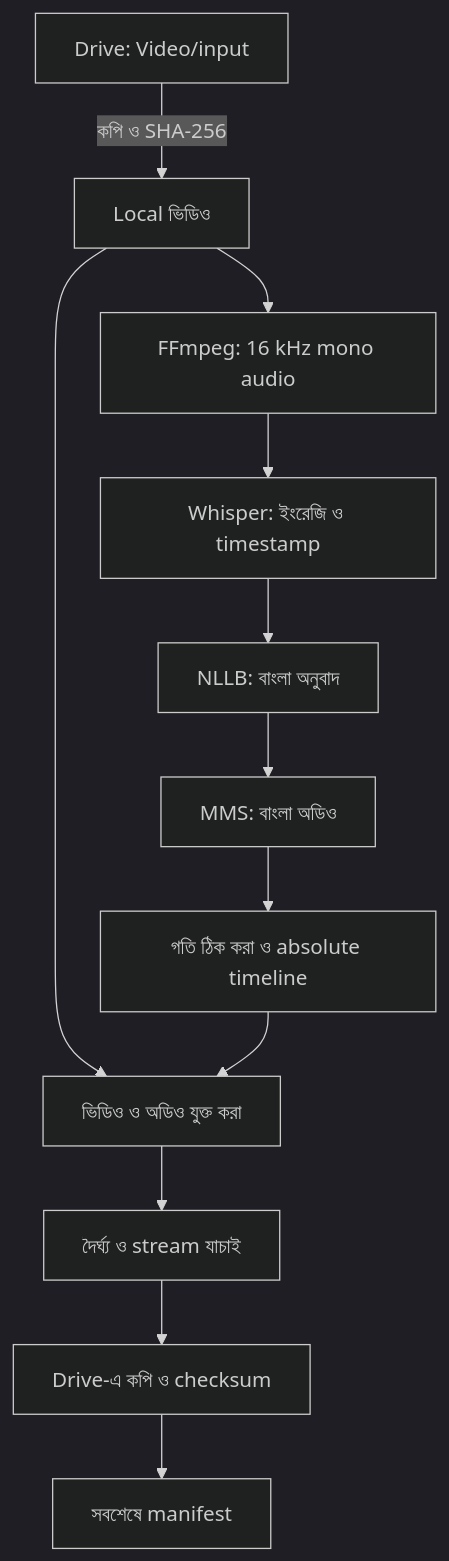
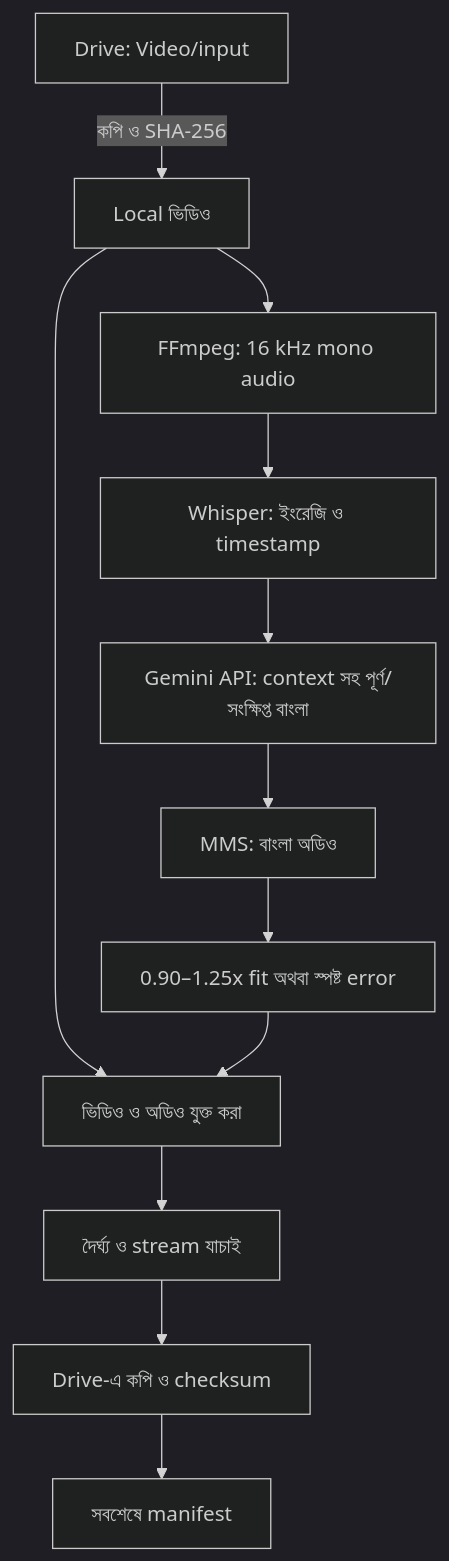
The diagram in docs/ARCHITECTURE.md (redwan-primeAmax/ProXMax), drawn with Mermaid (dark theme) before and after one commit. The commit also changed other lines of this file and 8 other files, not shown here.

````diff
--- a/docs/ARCHITECTURE.md
+++ b/docs/ARCHITECTURE.md
@@ -39,14 +39,14 @@
 ```mermaid
 flowchart TD
     A[Drive: Video/input] -->|কপি ও SHA-256| B[Local ভিডিও]
     B --> C[FFmpeg: 16 kHz mono audio]
     C --> D[Whisper: ইংরেজি ও timestamp]
-    D --> E[NLLB: বাংলা অনুবাদ]
+    D --> E[Gemini API: context সহ পূর্ণ/সংক্ষিপ্ত বাংলা]
     E --> F[MMS: বাংলা অডিও]
-    F --> G[গতি ঠিক করা ও absolute timeline]
+    F --> G[0.90–1.25x fit অথবা স্পষ্ট error]
     B --> H[ভিডিও ও অডিও যুক্ত করা]
     G --> H
     H --> I[দৈর্ঘ্য ও stream যাচাই]
     I --> J[Drive-এ কপি ও checksum]
     J --> K[সবশেষে manifest]
 ```
````
